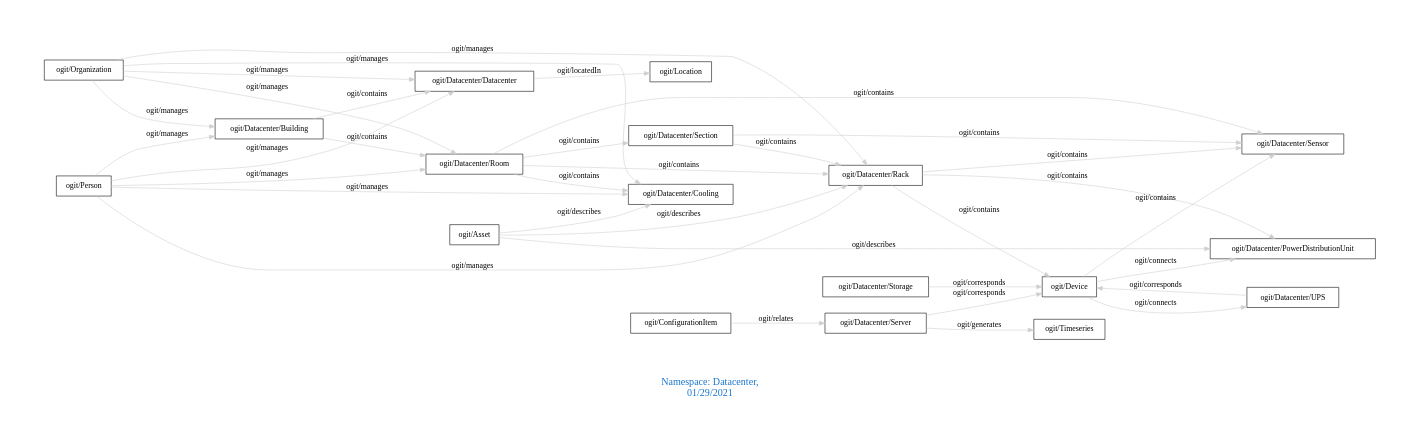
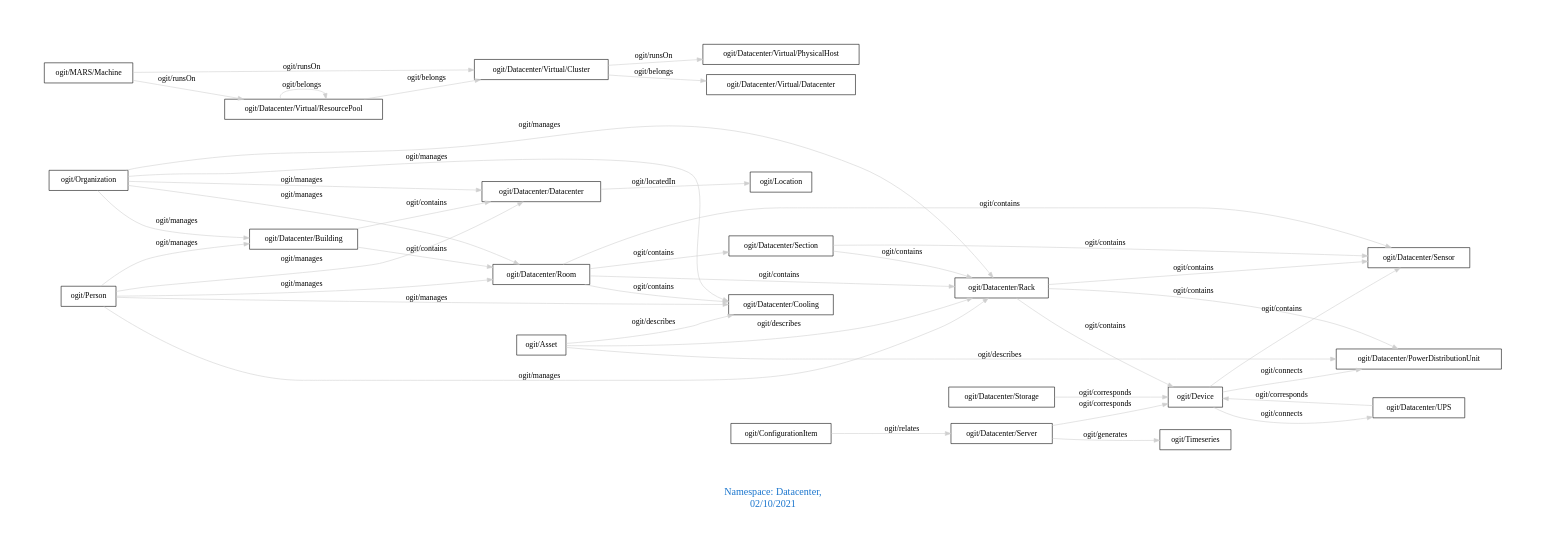
One commit to arago/OGIT changed the diagram in downloads/Datacenter.dot. Above: the diagram before and after it, drawn with Graphviz. The commit also changed 1867 other files, not shown here.

```diff
--- a/downloads/Datacenter.dot
+++ b/downloads/Datacenter.dot
@@ -1,41 +1,47 @@
 digraph OGIT_ontology {
  graph [ rankdir= LR,pad=1 
 fontsize = 18,
-fontcolor= dodgerblue3,label = "\n\n\nNamespace: Datacenter, \n 01/29/2021"];
+fontcolor= dodgerblue3,label = "\n\n\nNamespace: Datacenter, \n 02/10/2021"];
 node[shape=polygon];
 edge [  color="gray81"];
 
    "ogit/Datacenter/Building" -> "ogit/Datacenter/Datacenter" [label="   ogit/contains    "];
    "ogit/Datacenter/Building" -> "ogit/Datacenter/Room" [label="   ogit/contains    "];
    "ogit/Datacenter/Rack" -> "ogit/Datacenter/Sensor" [label="   ogit/contains    "];
    "ogit/Datacenter/Rack" -> "ogit/Datacenter/PowerDistributionUnit" [label="   ogit/contains    "];
    "ogit/Datacenter/Rack" -> "ogit/Device" [label="   ogit/contains    "];
    "ogit/Datacenter/Room" -> "ogit/Datacenter/Rack" [label="   ogit/contains    "];
    "ogit/Datacenter/Room" -> "ogit/Datacenter/Cooling" [label="   ogit/contains    "];
    "ogit/Datacenter/Room" -> "ogit/Datacenter/Sensor" [label="   ogit/contains    "];
    "ogit/Datacenter/Room" -> "ogit/Datacenter/Section" [label="   ogit/contains    "];
    "ogit/Datacenter/Section" -> "ogit/Datacenter/Sensor" [label="   ogit/contains    "];
    "ogit/Datacenter/Section" -> "ogit/Datacenter/Rack" [label="   ogit/contains    "];
    "ogit/Device" -> "ogit/Datacenter/Sensor" [label="   ogit/contains    "];
    "ogit/Organization" -> "ogit/Datacenter/Room" [label="   ogit/manages    "];
    "ogit/Organization" -> "ogit/Datacenter/Rack" [label="   ogit/manages    "];
    "ogit/Organization" -> "ogit/Datacenter/Datacenter" [label="   ogit/manages    "];
    "ogit/Organization" -> "ogit/Datacenter/Cooling" [label="   ogit/manages    "];
    "ogit/Organization" -> "ogit/Datacenter/Building" [label="   ogit/manages    "];
    "ogit/Person" -> "ogit/Datacenter/Room" [label="   ogit/manages    "];
    "ogit/Person" -> "ogit/Datacenter/Rack" [label="   ogit/manages    "];
    "ogit/Person" -> "ogit/Datacenter/Datacenter" [label="   ogit/manages    "];
    "ogit/Person" -> "ogit/Datacenter/Cooling" [label="   ogit/manages    "];
    "ogit/Person" -> "ogit/Datacenter/Building" [label="   ogit/manages    "];
+   "ogit/Datacenter/Virtual/Cluster" -> "ogit/Datacenter/Virtual/PhysicalHost" [label="   ogit/runsOn    "];
+   "ogit/MARS/Machine" -> "ogit/Datacenter/Virtual/Cluster" [label="   ogit/runsOn    "];
+   "ogit/MARS/Machine" -> "ogit/Datacenter/Virtual/ResourcePool" [label="   ogit/runsOn    "];
    "ogit/Datacenter/Server" -> "ogit/Timeseries" [label="   ogit/generates    "];
    "ogit/Asset" -> "ogit/Datacenter/Rack" [label="   ogit/describes    "];
    "ogit/Asset" -> "ogit/Datacenter/PowerDistributionUnit" [label="   ogit/describes    "];
    "ogit/Asset" -> "ogit/Datacenter/Cooling" [label="   ogit/describes    "];
    "ogit/Device" -> "ogit/Datacenter/PowerDistributionUnit" [label="   ogit/connects    "];
    "ogit/Device" -> "ogit/Datacenter/UPS" [label="   ogit/connects    "];
    "ogit/Datacenter/Datacenter" -> "ogit/Location" [label="   ogit/locatedIn    "];
    "ogit/Datacenter/Server" -> "ogit/Device" [label="   ogit/corresponds    "];
    "ogit/Datacenter/Storage" -> "ogit/Device" [label="   ogit/corresponds    "];
    "ogit/Datacenter/UPS" -> "ogit/Device" [label="   ogit/corresponds    "];
+   "ogit/Datacenter/Virtual/Cluster" -> "ogit/Datacenter/Virtual/Datacenter" [label="   ogit/belongs    "];
+   "ogit/Datacenter/Virtual/ResourcePool" -> "ogit/Datacenter/Virtual/Cluster" [label="   ogit/belongs    "];
    "ogit/ConfigurationItem" -> "ogit/Datacenter/Server" [label="   ogit/relates    "];
+   "ogit/Datacenter/Virtual/ResourcePool" -> "ogit/Datacenter/Virtual/ResourcePool" [label="   ogit/belongs    "];
 }
```
